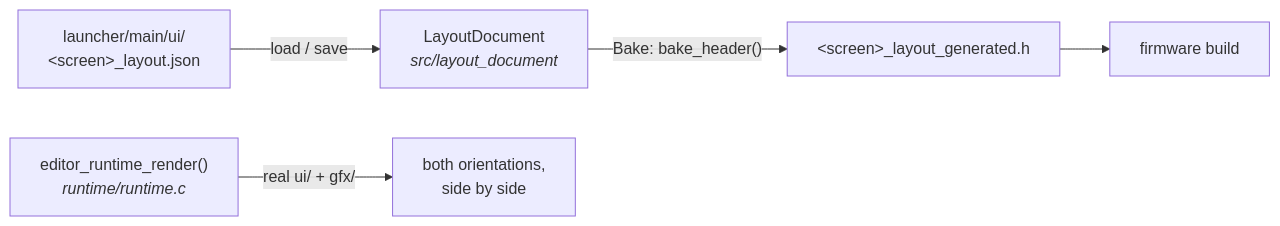
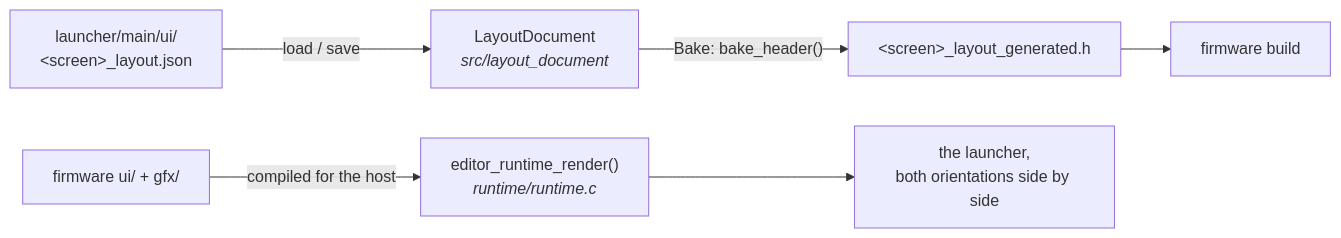
The diagram in editor/README.md (jose-villegas/autana), drawn with Mermaid before and after one commit. The commit also changed other lines of this file and 8 other files, not shown here.

Commit message:
editor: restore preview uploads and test baked C layouts

````diff
--- a/editor/README.md
+++ b/editor/README.md
@@ -13,8 +13,8 @@
 ```mermaid
 flowchart LR
     JSON["launcher/main/ui/<br/>&lt;screen&gt;_layout.json"] -->|load / save| DOC["LayoutDocument<br/><i>src/layout_document</i>"]
-    RT["editor_runtime_render()<br/><i>runtime/runtime.c</i>"]
-    RT -->|"real ui/ + gfx/"| PREVIEW["both orientations,<br/>side by side"]
     DOC -->|"Bake: bake_header()"| HEADER["&lt;screen&gt;_layout_generated.h"]
     HEADER --> FW["firmware build"]
+    SRC["firmware ui/ + gfx/"] -->|compiled for the host| RT["editor_runtime_render()<br/><i>runtime/runtime.c</i>"]
+    RT --> PREVIEW["the launcher,<br/>both orientations side by side"]
 ```
````
